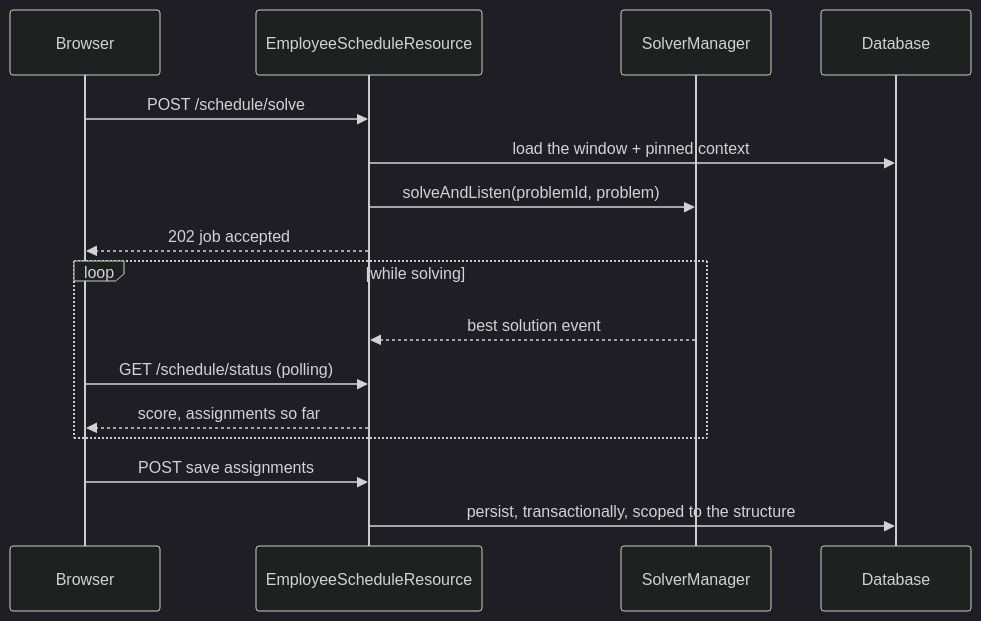
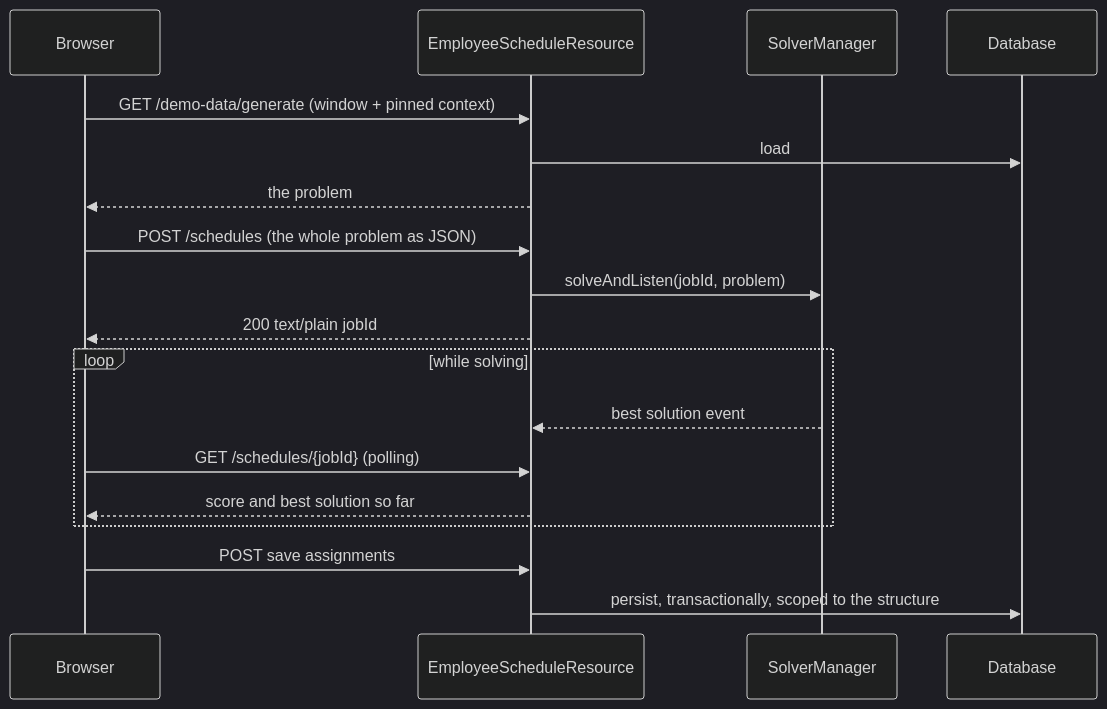
Before and after one commit to MirkoUgoliniDev/employee-scheduling: the seventh of 8 diagrams in docs/ARCHITECTURE.md, drawn with Mermaid (dark theme). The commit also changed other lines of this file and 9 other files, not shown here.

````diff
--- a/docs/ARCHITECTURE.md
+++ b/docs/ARCHITECTURE.md
@@ -298,19 +320,21 @@
 ```mermaid
 sequenceDiagram
     participant UI as Browser
     participant API as EmployeeScheduleResource
     participant SM as SolverManager
     participant DB as Database
 
-    UI->>API: POST /schedule/solve
-    API->>DB: load the window + pinned context
-    API->>SM: solveAndListen(problemId, problem)
-    API-->>UI: 202 job accepted
+    UI->>API: GET /demo-data/generate (window + pinned context)
+    API->>DB: load
+    API-->>UI: the problem
+    UI->>API: POST /schedules (the whole problem as JSON)
+    API->>SM: solveAndListen(jobId, problem)
+    API-->>UI: 200 text/plain jobId
     loop while solving
         SM-->>API: best solution event
-        UI->>API: GET /schedule/status (polling)
-        API-->>UI: score, assignments so far
+        UI->>API: GET /schedules/{jobId} (polling)
+        API-->>UI: score and best solution so far
     end
     UI->>API: POST save assignments
     API->>DB: persist, transactionally, scoped to the structure
 ```
````
